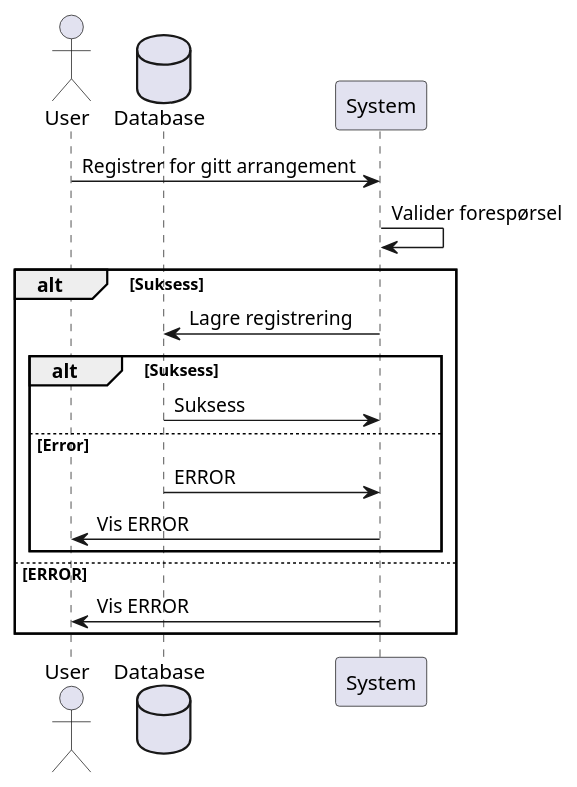
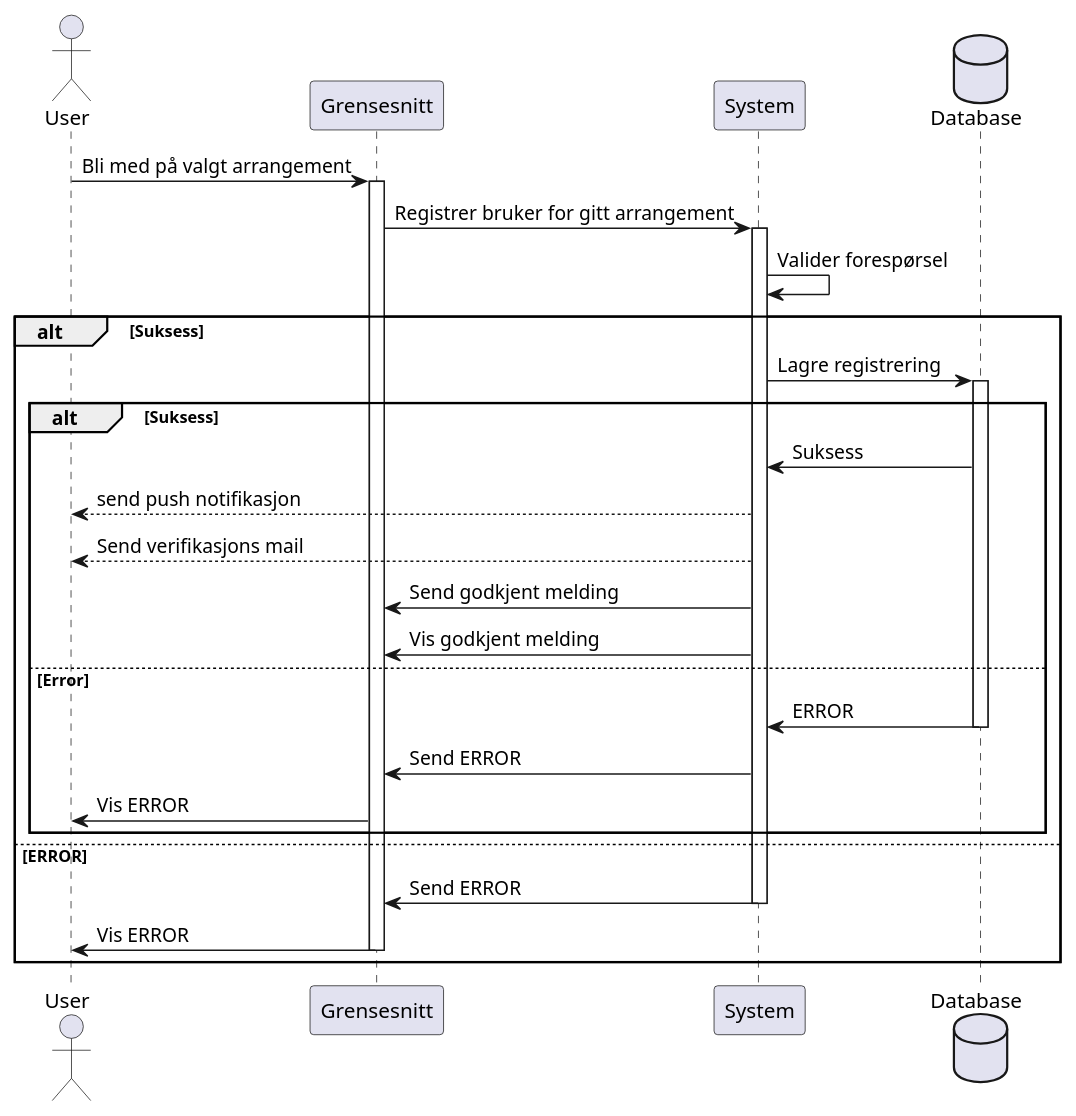
One commit to Mathiasn21/Group_project_software_engineering changed the diagram in finAndJoinArrangement.puml. Above: the diagram before and after it, drawn with PlantUML. The commit also changed 10 other files, not shown here.

First line of the commit message:
Removed redundant classes and modified a sequence diagram

```diff
--- a/finAndJoinArrangement.puml
+++ b/finAndJoinArrangement.puml
@@ -1,19 +1,35 @@
 @startuml
 actor User
+participant Grensesnitt
+participant System
 database Database
 
-User -> System: Registrer for gitt arrangement
+User -> Grensesnitt: Bli med på valgt arrangement
+activate Grensesnitt
+Grensesnitt -> System: Registrer bruker for gitt arrangement
+activate System
 System -> System: Valider forespørsel
 
 alt Suksess
     System -> Database: Lagre registrering
+    activate Database
     alt Suksess
     Database -> System: Suksess
+    System --> User: send push notifikasjon
+    System --> User: Send verifikasjons mail
+    System -> Grensesnitt: Send godkjent melding
+    System -> Grensesnitt: Vis godkjent melding
+
     else Error
     Database -> System: ERROR
-    System -> User: Vis ERROR
+    deactivate Database
+    System -> Grensesnitt: Send ERROR
+    Grensesnitt -> User: Vis ERROR
     end
 else ERROR
-    System -> User: Vis ERROR
+    System -> Grensesnitt: Send ERROR
+    deactivate System
+    Grensesnitt -> User: Vis ERROR
+    deactivate Grensesnitt
 end
 @enduml
```
